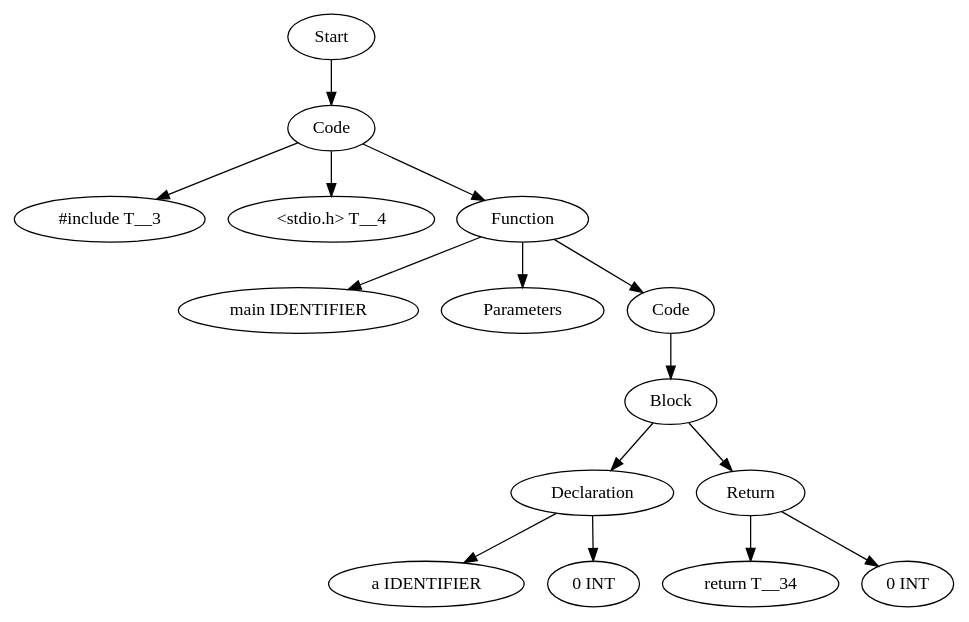
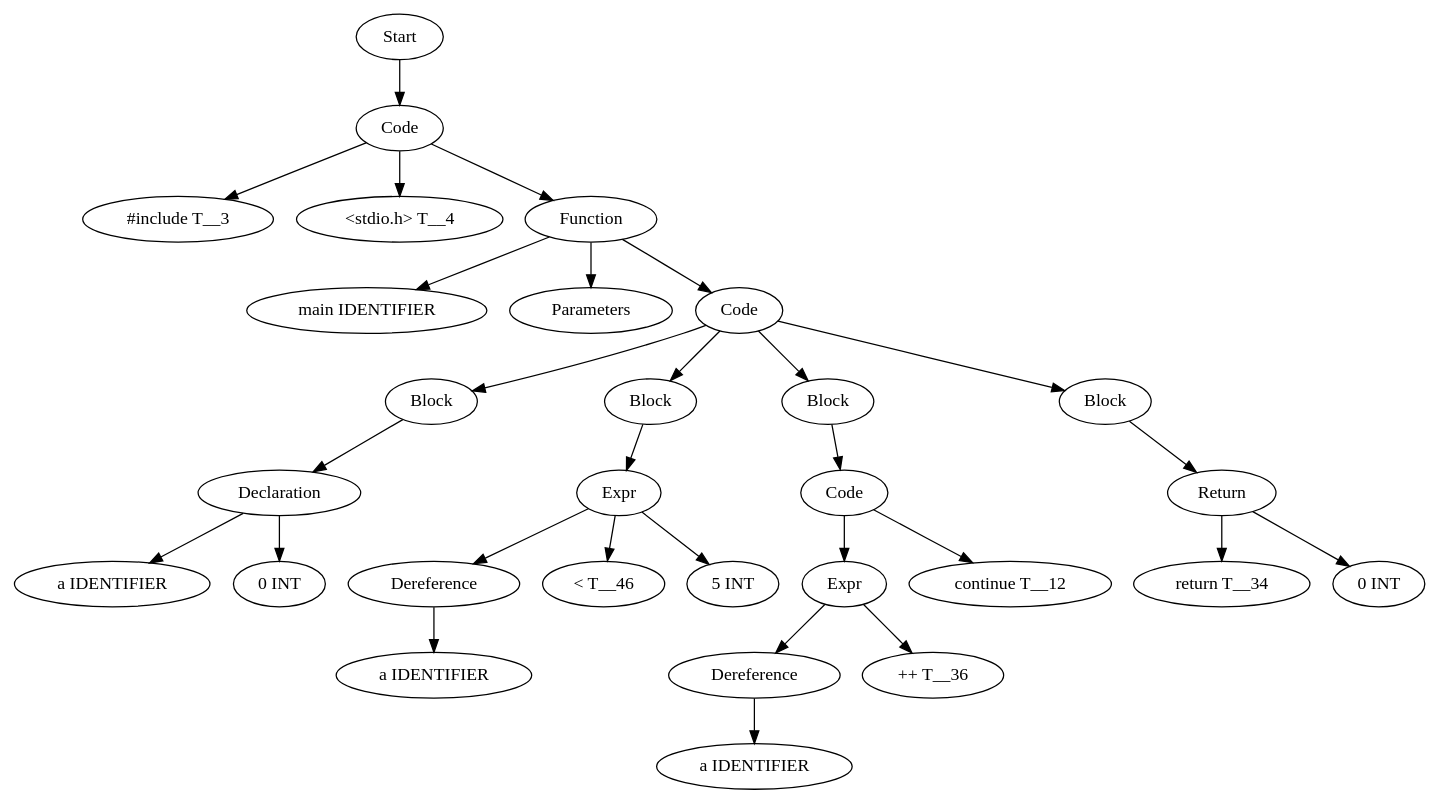
Before and after one commit to Are-you-listening/Compilers: the diagram in TestCases/ASTTests/DeadCodeRemoveTests/createTests/read_file_after.dot, drawn with Graphviz. The commit also changed 255 other files, not shown here.

```diff
--- a/TestCases/ASTTests/DeadCodeRemoveTests/createTests/read_file_after.dot
+++ b/TestCases/ASTTests/DeadCodeRemoveTests/createTests/read_file_after.dot
@@ -1,31 +1,59 @@
 digraph AST {
-  "136863351425152" [label="Start"];
-  "136863351425152" -> "136863351669664";
-  "136863351669664" [label="Code"];
-  "136863351669664" -> "136863351670192";
-  "136863351669664" -> "136863351669520";
-  "136863351669664" -> "136863351669568";
-  "136863351670192" [label="#include T__3"];
-  "136863351669520" [label="<stdio.h> T__4"];
-  "136863351669568" [label="Function"];
-  "136863351669568" -> "136863351670288";
-  "136863351669568" -> "136863351670336";
-  "136863351669568" -> "136863351670384";
-  "136863351670288" [label="main IDENTIFIER"];
-  "136863351670336" [label="Parameters"];
-  "136863351670384" [label="Code"];
-  "136863351670384" -> "136863351670576";
-  "136863351670576" [label="Block"];
-  "136863351670576" -> "136863351670672";
-  "136863351670576" -> "136863351670720";
-  "136863351670672" [label="Declaration"];
-  "136863351670672" -> "136863351670768";
-  "136863351670672" -> "136863351670816";
-  "136863351670768" [label="a IDENTIFIER"];
-  "136863351670816" [label="0 INT"];
-  "136863351670720" [label="Return"];
-  "136863351670720" -> "136863351670912";
-  "136863351670720" -> "136863351670960";
-  "136863351670912" [label="return T__34"];
-  "136863351670960" [label="0 INT"];
+  "139250847970832" [label="Start"];
+  "139250847970832" -> "139250848038816";
+  "139250848038816" [label="Code"];
+  "139250848038816" -> "139250848038720";
+  "139250848038816" -> "139250848038288";
+  "139250848038816" -> "139250848037904";
+  "139250848038720" [label="#include T__3"];
+  "139250848038288" [label="<stdio.h> T__4"];
+  "139250848037904" [label="Function"];
+  "139250848037904" -> "139250848038000";
+  "139250848037904" -> "139250848037952";
+  "139250848037904" -> "139250848037712";
+  "139250848038000" [label="main IDENTIFIER"];
+  "139250848037952" [label="Parameters"];
+  "139250848037712" [label="Code"];
+  "139250848037712" -> "139250848038864";
+  "139250848037712" -> "139250848036752";
+  "139250848037712" -> "139250848036176";
+  "139250848037712" -> "139250848367184";
+  "139250848038864" [label="Block"];
+  "139250848038864" -> "139250848037664";
+  "139250848037664" [label="Declaration"];
+  "139250848037664" -> "139250848038576";
+  "139250848037664" -> "139250848038624";
+  "139250848038576" [label="a IDENTIFIER"];
+  "139250848038624" [label="0 INT"];
+  "139250848036752" [label="Block"];
+  "139250848036752" -> "139250848036608";
+  "139250848036608" [label="Expr"];
+  "139250848036608" -> "139250848036080";
+  "139250848036608" -> "139250848036128";
+  "139250848036608" -> "139250848035984";
+  "139250848036080" [label="Dereference"];
+  "139250848036080" -> "139250848035936";
+  "139250848035936" [label="a IDENTIFIER"];
+  "139250848036128" [label="< T__46"];
+  "139250848035984" [label="5 INT"];
+  "139250848036176" [label="Block"];
+  "139250848036176" -> "139250848035888";
+  "139250848035888" [label="Code"];
+  "139250848035888" -> "139250848369296";
+  "139250848035888" -> "139250848368192";
+  "139250848369296" [label="Expr"];
+  "139250848369296" -> "139250848368240";
+  "139250848369296" -> "139250848368096";
+  "139250848368240" [label="Dereference"];
+  "139250848368240" -> "139250848368144";
+  "139250848368144" [label="a IDENTIFIER"];
+  "139250848368096" [label="++ T__36"];
+  "139250848368192" [label="continue T__12"];
+  "139250848367184" [label="Block"];
+  "139250848367184" -> "139250848367088";
+  "139250848367088" [label="Return"];
+  "139250848367088" -> "139250848366656";
+  "139250848367088" -> "139250848368432";
+  "139250848366656" [label="return T__34"];
+  "139250848368432" [label="0 INT"];
 }
```
